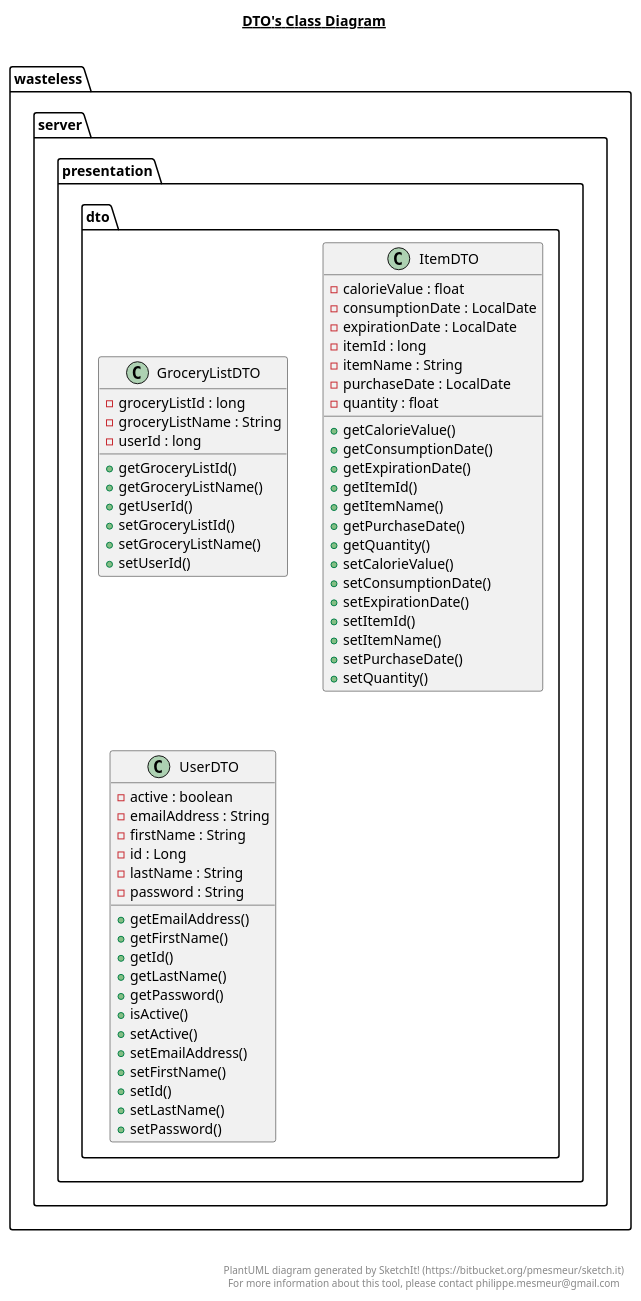
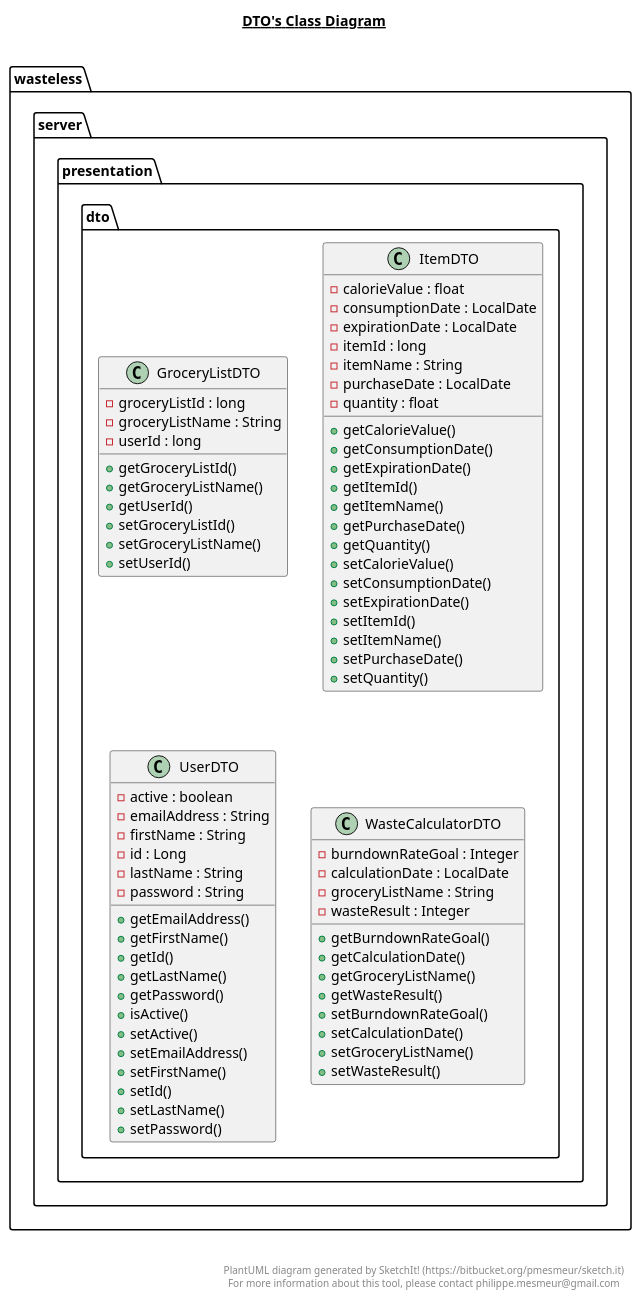
The diagram in Wasteless-app/wasteless-server/src/main/java/wasteless/server/presentation/dto/dto.plantuml (sd-2020-30431/assignment-1-cezarasabou), drawn with PlantUML before and after one commit. The commit also changed 48 other files, not shown here.

```diff
--- a/Wasteless-app/wasteless-server/src/main/java/wasteless/server/presentation/dto/dto.plantuml
+++ b/Wasteless-app/wasteless-server/src/main/java/wasteless/server/presentation/dto/dto.plantuml
@@ -1,92 +1,114 @@
 @startuml
 
 title __DTO's Class Diagram__\n
 
   namespace wasteless.server {
     namespace presentation {
       namespace dto {
         class wasteless.server.presentation.dto.GroceryListDTO {
             - groceryListId : long
             - groceryListName : String
             - userId : long
             + getGroceryListId()
             + getGroceryListName()
             + getUserId()
             + setGroceryListId()
             + setGroceryListName()
             + setUserId()
         }
       }
     }
   }
   
 
   namespace wasteless.server {
     namespace presentation {
       namespace dto {
         class wasteless.server.presentation.dto.ItemDTO {
             - calorieValue : float
             - consumptionDate : LocalDate
             - expirationDate : LocalDate
             - itemId : long
             - itemName : String
             - purchaseDate : LocalDate
             - quantity : float
             + getCalorieValue()
             + getConsumptionDate()
             + getExpirationDate()
             + getItemId()
             + getItemName()
             + getPurchaseDate()
             + getQuantity()
             + setCalorieValue()
             + setConsumptionDate()
             + setExpirationDate()
             + setItemId()
             + setItemName()
             + setPurchaseDate()
             + setQuantity()
         }
       }
     }
   }
   
 
   namespace wasteless.server {
     namespace presentation {
       namespace dto {
         class wasteless.server.presentation.dto.UserDTO {
             - active : boolean
             - emailAddress : String
             - firstName : String
             - id : Long
             - lastName : String
             - password : String
             + getEmailAddress()
             + getFirstName()
             + getId()
             + getLastName()
             + getPassword()
             + isActive()
             + setActive()
             + setEmailAddress()
             + setFirstName()
             + setId()
             + setLastName()
             + setPassword()
         }
       }
     }
   }
   
 
+  namespace wasteless.server {
+    namespace presentation {
+      namespace dto {
+        class wasteless.server.presentation.dto.WasteCalculatorDTO {
+            - burndownRateGoal : Integer
+            - calculationDate : LocalDate
+            - groceryListName : String
+            - wasteResult : Integer
+            + getBurndownRateGoal()
+            + getCalculationDate()
+            + getGroceryListName()
+            + getWasteResult()
+            + setBurndownRateGoal()
+            + setCalculationDate()
+            + setGroceryListName()
+            + setWasteResult()
+        }
+      }
+    }
+  }
+  
+
 
 
 right footer
 
 
 PlantUML diagram generated by SketchIt! (https://bitbucket.org/pmesmeur/sketch.it)
 For more information about this tool, please contact philippe.mesmeur@gmail.com
 endfooter
 
 @enduml
```
